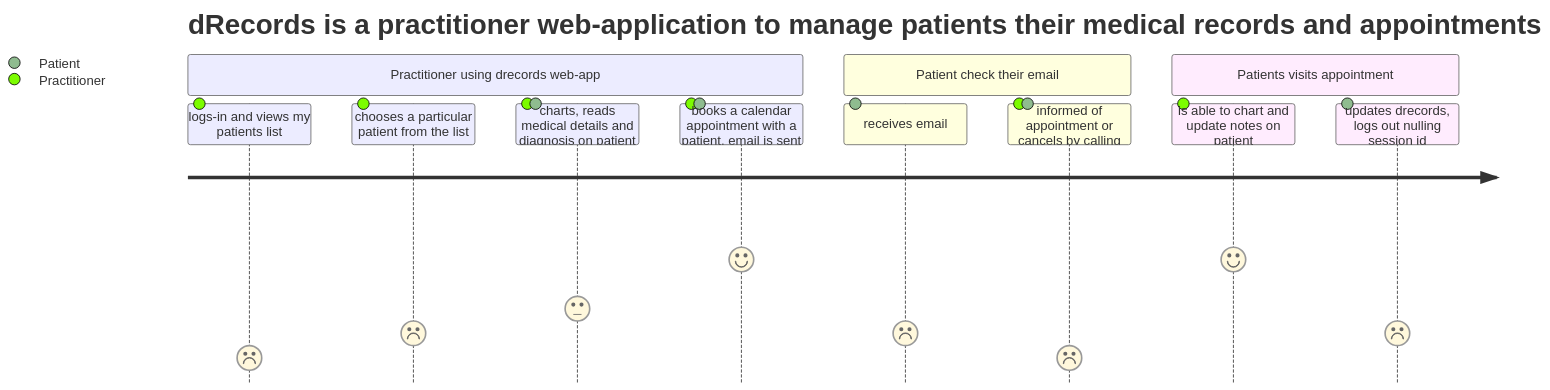
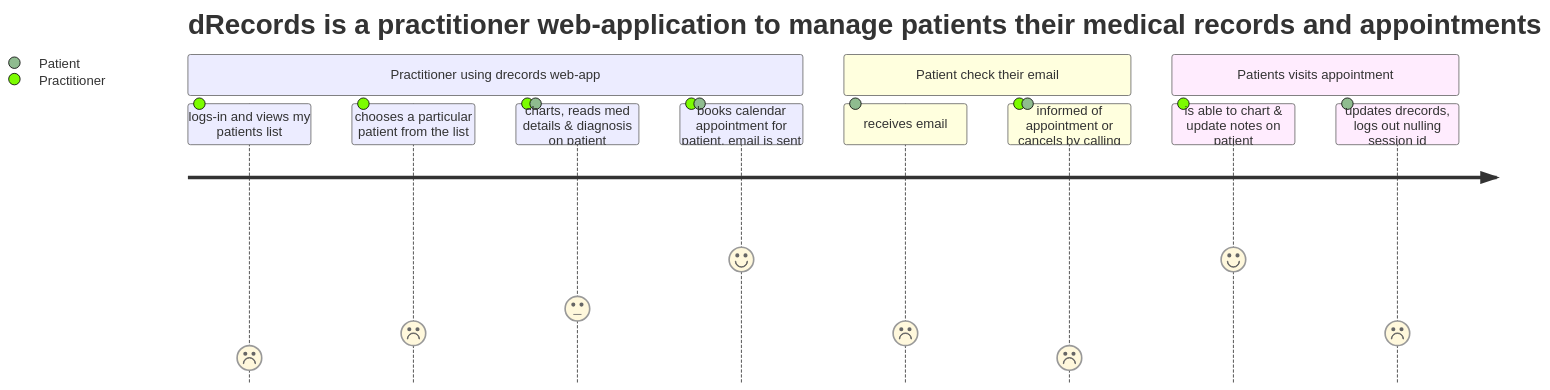
One commit to valik94/CovidCentral changed the diagram in README.md. Above: the diagram before and after it, drawn with Mermaid.

````diff
--- a/README.md
+++ b/README.md
@@ -27,15 +27,15 @@
 ``` mermaid
 journey
 	title dRecords is a practitioner web-application to manage patients their medical records and appointments
 	section Practitioner using drecords web-app
 		logs-in and views my patients list: 1: Practitioner
 		chooses a particular patient from the list: 2: Practitioner
-		charts, reads medical details and diagnosis on patient: 3: Practitioner, Patient
-		books a calendar appointment with a patient, email is sent: 5: Practitioner, Patient
+		charts, reads med details & diagnosis on patient: 3: Practitioner, Patient
+		books calendar appointment for patient, email is sent: 5: Practitioner, Patient
 	section Patient check their email
 		receives email: 2: Patient
 		informed of appointment or cancels by calling: 1: Practitioner, Patient
 	section Patients visits appointment
-		is able to chart and update notes on patient: 5: Practitioner
+		is able to chart & update notes on patient: 5: Practitioner
 		updates drecords, logs out nulling session id: 2: Patient
 ```
````
